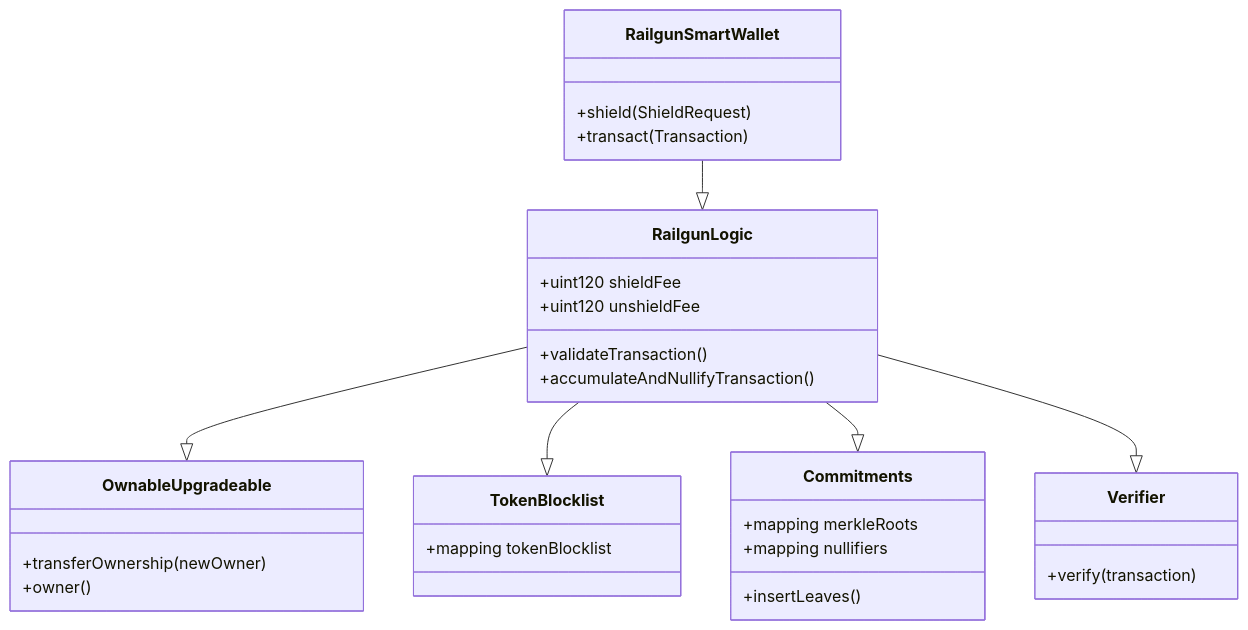
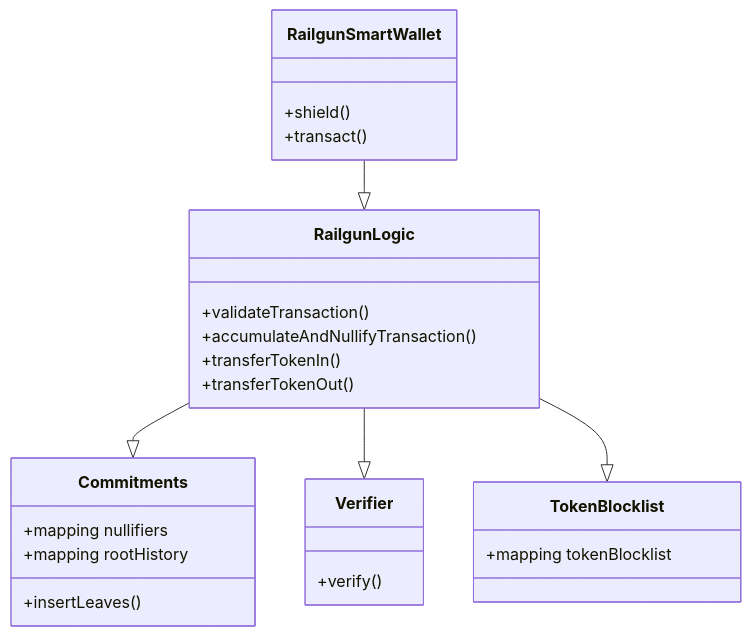
One commit to ZetachainHackathon/UniversalPrivate changed the fifth of 7 diagrams in contract/README.md. Above: the diagram before and after it, drawn with Mermaid. The commit also changed other lines of this file, not shown here.

````diff
--- a/contract/README.md
+++ b/contract/README.md
@@ -58,34 +190,29 @@
 ```mermaid
 classDiagram
-    class OwnableUpgradeable {
-        +transferOwnership(newOwner)
-        +owner()
+    class RailgunLogic {
+        +validateTransaction()
+        +accumulateAndNullifyTransaction()
+        +transferTokenIn()
+        +transferTokenOut()
+    }
+    class RailgunSmartWallet {
+        +shield()
+        +transact()
+    }
+    class Verifier {
+        +verify()
+    }
+    class Commitments {
+        +mapping nullifiers
+        +mapping rootHistory
+        +insertLeaves()
     }
     class TokenBlocklist {
         +mapping tokenBlocklist
     }
-    class Commitments {
-        +mapping merkleRoots
-        +mapping nullifiers
-        +insertLeaves()
-    }
-    class Verifier {
-        +verify(transaction)
-    }
-    class RailgunLogic {
-        +uint120 shieldFee
-        +uint120 unshieldFee
-        +validateTransaction()
-        +accumulateAndNullifyTransaction()
-    }
-    class RailgunSmartWallet {
-        +shield(ShieldRequest)
-        +transact(Transaction)
-    }
 
-    RailgunLogic --|> OwnableUpgradeable
-    RailgunLogic --|> TokenBlocklist
     RailgunLogic --|> Commitments
     RailgunLogic --|> Verifier
+    RailgunLogic --|> TokenBlocklist
     RailgunSmartWallet --|> RailgunLogic
 ```
````
